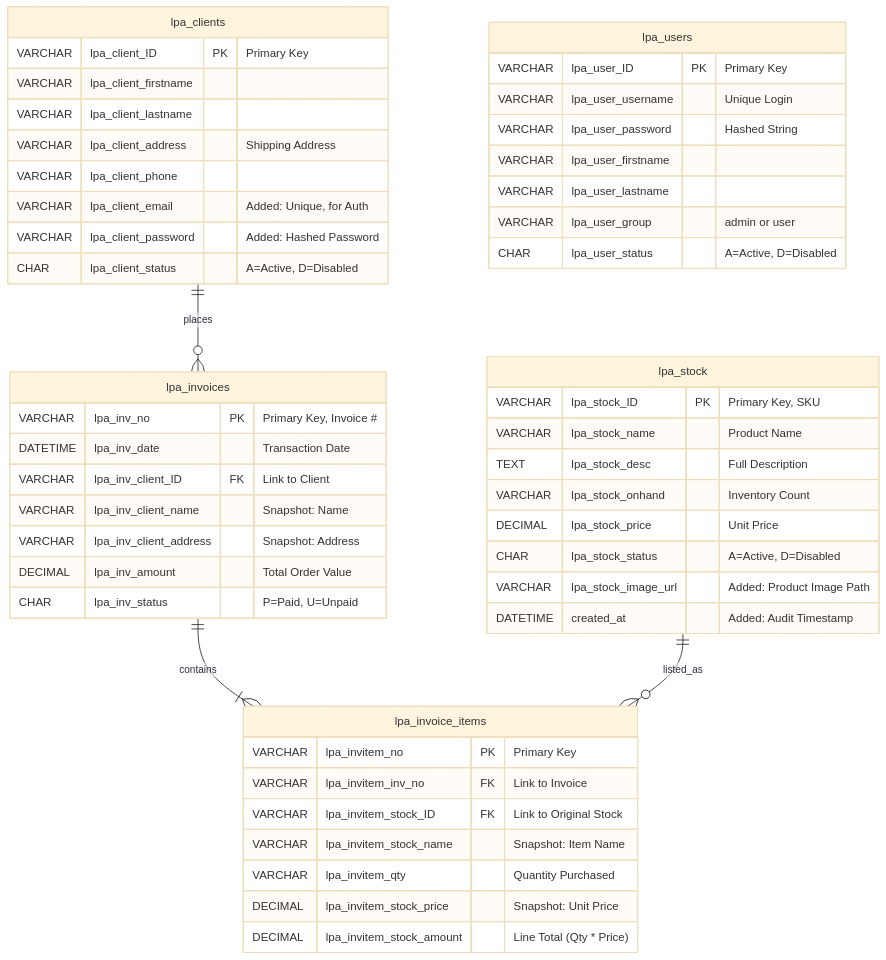
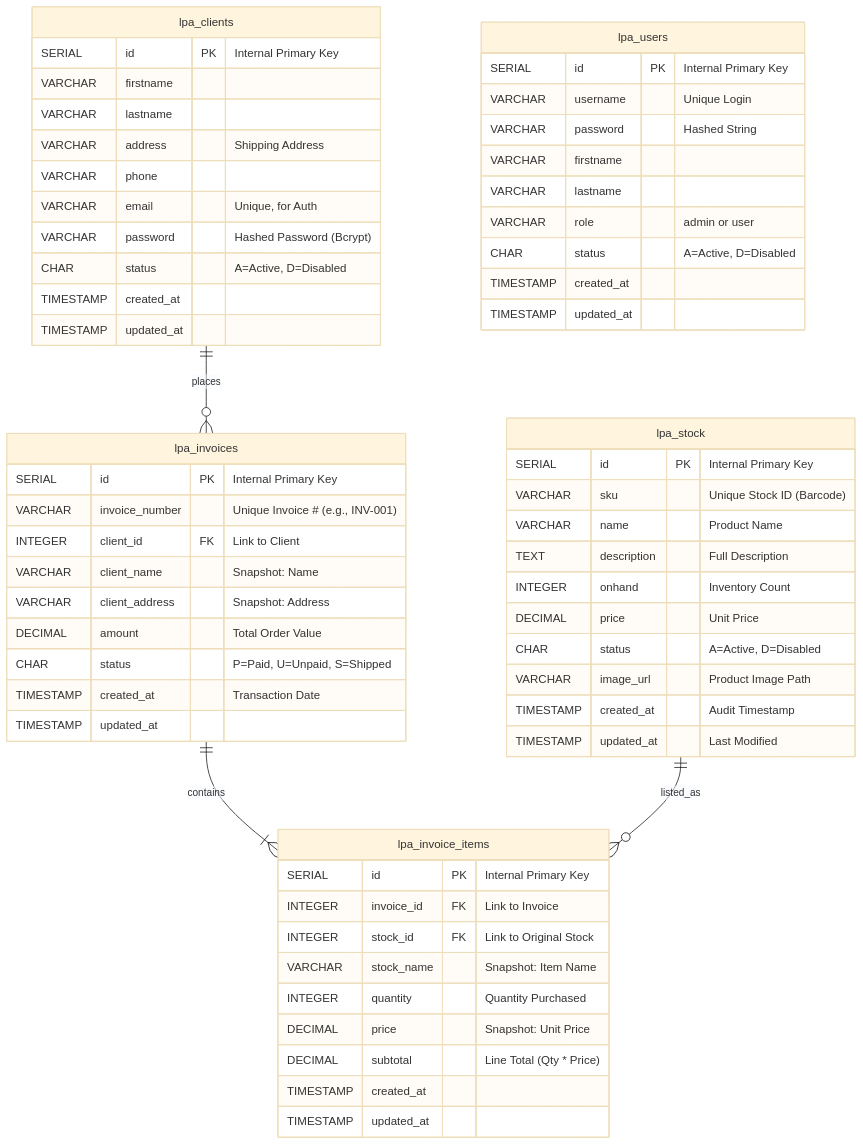
Before and after one commit to mrodriguezul/cti-adp-software: the third of 3 diagrams in e-commerce/doc/README.md, drawn with Mermaid (base theme). The commit also changed other lines of this file and 3 other files, not shown here.

First line of the commit message:
Refactor LPA eComms Database Schema for PostgreSQL Compatibility

````diff
--- a/e-commerce/doc/README.md
+++ b/e-commerce/doc/README.md
@@ -262,60 +263,70 @@
 ```mermaid
 erDiagram
     %% ENTITY DEFINITIONS
     lpa_stock {
-        VARCHAR lpa_stock_ID PK "Primary Key, SKU"
-        VARCHAR lpa_stock_name "Product Name"
-        TEXT lpa_stock_desc "Full Description"
-        VARCHAR lpa_stock_onhand "Inventory Count"
-        DECIMAL lpa_stock_price "Unit Price"
-        CHAR lpa_stock_status "A=Active, D=Disabled"
-        VARCHAR lpa_stock_image_url "Added: Product Image Path"
-        DATETIME created_at "Added: Audit Timestamp"
+        SERIAL id PK "Internal Primary Key"
+        VARCHAR sku "Unique Stock ID (Barcode)"
+        VARCHAR name "Product Name"
+        TEXT description "Full Description"
+        INTEGER onhand "Inventory Count"
+        DECIMAL price "Unit Price"
+        CHAR status "A=Active, D=Disabled"
+        VARCHAR image_url "Product Image Path"
+        TIMESTAMP created_at "Audit Timestamp"
+        TIMESTAMP updated_at "Last Modified"
     }
 
     lpa_clients {
-        VARCHAR lpa_client_ID PK "Primary Key"
-        VARCHAR lpa_client_firstname
-        VARCHAR lpa_client_lastname
-        VARCHAR lpa_client_address "Shipping Address"
-        VARCHAR lpa_client_phone
-        VARCHAR lpa_client_email "Added: Unique, for Auth"
-        VARCHAR lpa_client_password "Added: Hashed Password"
-        CHAR lpa_client_status "A=Active, D=Disabled"
+        SERIAL id PK "Internal Primary Key"
+        VARCHAR firstname
+        VARCHAR lastname
+        VARCHAR address "Shipping Address"
+        VARCHAR phone
+        VARCHAR email "Unique, for Auth"
+        VARCHAR password "Hashed Password (Bcrypt)"
+        CHAR status "A=Active, D=Disabled"
+        TIMESTAMP created_at
+        TIMESTAMP updated_at
     }
 
     lpa_invoices {
-        VARCHAR lpa_inv_no PK "Primary Key, Invoice #"
-        DATETIME lpa_inv_date "Transaction Date"
-        VARCHAR lpa_inv_client_ID FK "Link to Client"
-        VARCHAR lpa_inv_client_name "Snapshot: Name"
-        VARCHAR lpa_inv_client_address "Snapshot: Address"
-        DECIMAL lpa_inv_amount "Total Order Value"
-        CHAR lpa_inv_status "P=Paid, U=Unpaid"
+        SERIAL id PK "Internal Primary Key"
+        VARCHAR invoice_number "Unique Invoice # (e.g., INV-001)"
+        INTEGER client_id FK "Link to Client"
+        VARCHAR client_name "Snapshot: Name"
+        VARCHAR client_address "Snapshot: Address"
+        DECIMAL amount "Total Order Value"
+        CHAR status "P=Paid, U=Unpaid, S=Shipped"
+        TIMESTAMP created_at "Transaction Date"
+        TIMESTAMP updated_at
     }
 
     lpa_invoice_items {
-        VARCHAR lpa_invitem_no PK "Primary Key"
-        VARCHAR lpa_invitem_inv_no FK "Link to Invoice"
-        VARCHAR lpa_invitem_stock_ID FK "Link to Original Stock"
-        VARCHAR lpa_invitem_stock_name "Snapshot: Item Name"
-        VARCHAR lpa_invitem_qty "Quantity Purchased"
-        DECIMAL lpa_invitem_stock_price "Snapshot: Unit Price"
-        DECIMAL lpa_invitem_stock_amount "Line Total (Qty * Price)"
+        SERIAL id PK "Internal Primary Key"
+        INTEGER invoice_id FK "Link to Invoice"
+        INTEGER stock_id FK "Link to Original Stock"
+        VARCHAR stock_name "Snapshot: Item Name"
+        INTEGER quantity "Quantity Purchased"
+        DECIMAL price "Snapshot: Unit Price"
+        DECIMAL subtotal "Line Total (Qty * Price)"
+        TIMESTAMP created_at
+        TIMESTAMP updated_at
     }
 
     lpa_users {
-        VARCHAR lpa_user_ID PK "Primary Key"
-        VARCHAR lpa_user_username "Unique Login"
-        VARCHAR lpa_user_password "Hashed String"
-        VARCHAR lpa_user_firstname
-        VARCHAR lpa_user_lastname
-        VARCHAR lpa_user_group "admin or user"
-        CHAR lpa_user_status "A=Active, D=Disabled"
+        SERIAL id PK "Internal Primary Key"
+        VARCHAR username "Unique Login"
+        VARCHAR password "Hashed String"
+        VARCHAR firstname
+        VARCHAR lastname
+        VARCHAR role "admin or user"
+        CHAR status "A=Active, D=Disabled"
+        TIMESTAMP created_at
+        TIMESTAMP updated_at
     }
 
     %% RELATIONSHIPS
     lpa_clients ||--o{ lpa_invoices : "places"
     lpa_invoices ||--|{ lpa_invoice_items : "contains"
     lpa_stock ||--o{ lpa_invoice_items : "listed_as"
 ```
````
